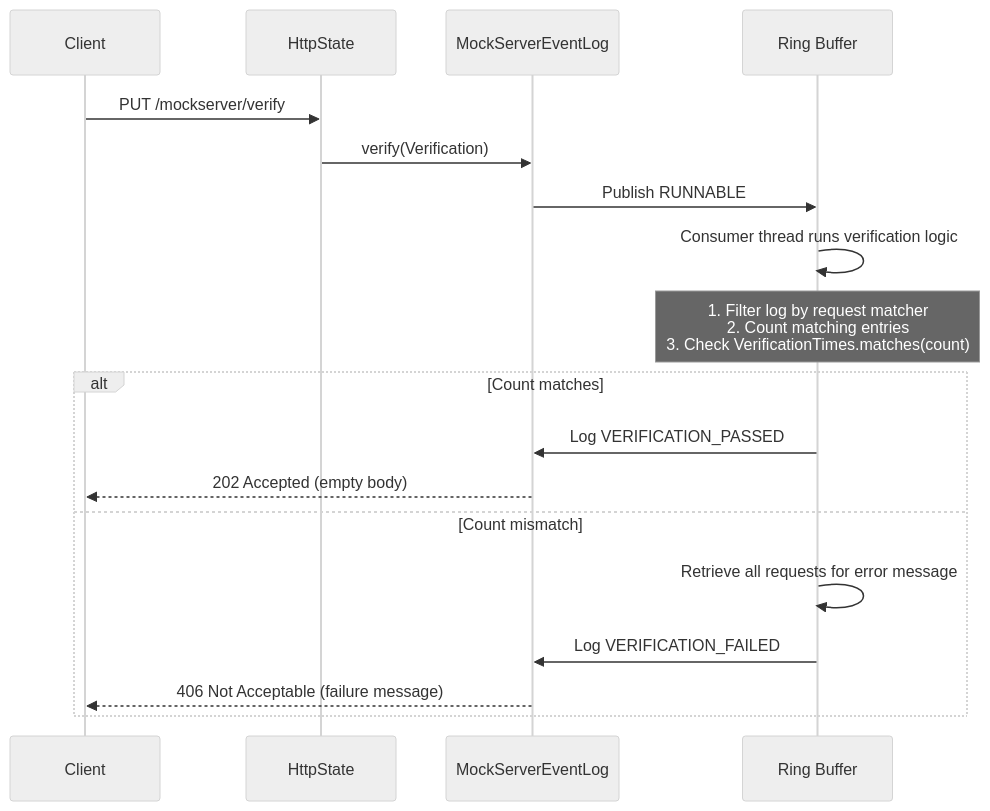
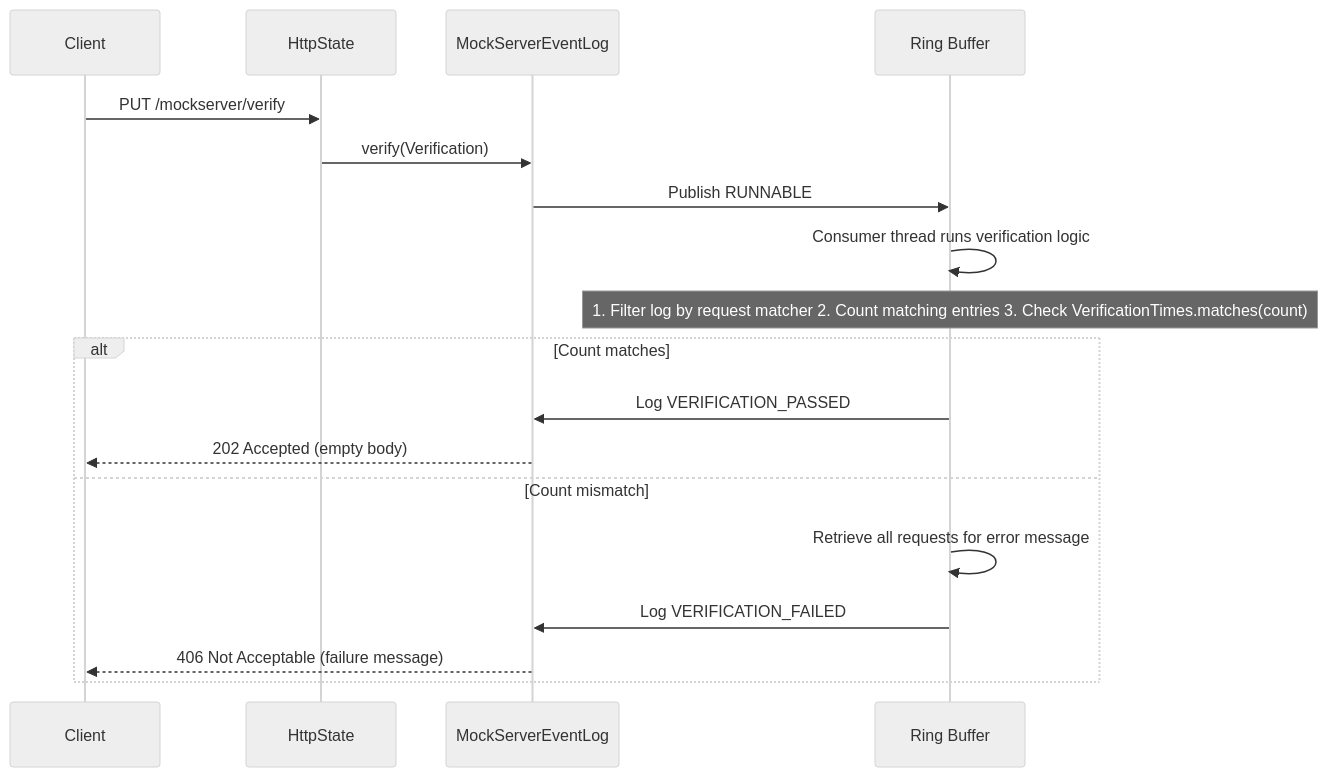
Before and after one commit to mock-server/mockserver: the third of 6 diagrams in docs/code/event-system.md, drawn with Mermaid (neutral theme). The commit also changed other lines of this file and 21 other files, not shown here.

First line of the commit message:
fix(docs): remove HTML tags from Mermaid diagrams to fix GitHub rendering

````diff
--- a/docs/code/event-system.md
+++ b/docs/code/event-system.md
@@ -157,23 +167,23 @@
 ```mermaid
 sequenceDiagram
     participant C as Client
     participant HS as HttpState
     participant EL as MockServerEventLog
     participant RB as Ring Buffer
 
     C->>HS: PUT /mockserver/verify
     HS->>EL: verify(Verification)
     EL->>RB: Publish RUNNABLE
     RB->>RB: Consumer thread runs verification logic
     
-    Note over RB: 1. Filter log by request matcher<br/>2. Count matching entries<br/>3. Check VerificationTimes.matches(count)
+    Note over RB: 1. Filter log by request matcher 2. Count matching entries 3. Check VerificationTimes.matches(count)
     
     alt Count matches
         RB->>EL: Log VERIFICATION_PASSED
         EL-->>C: 202 Accepted (empty body)
     else Count mismatch
         RB->>RB: Retrieve all requests for error message
         RB->>EL: Log VERIFICATION_FAILED
         EL-->>C: 406 Not Acceptable (failure message)
     end
 ```
````
